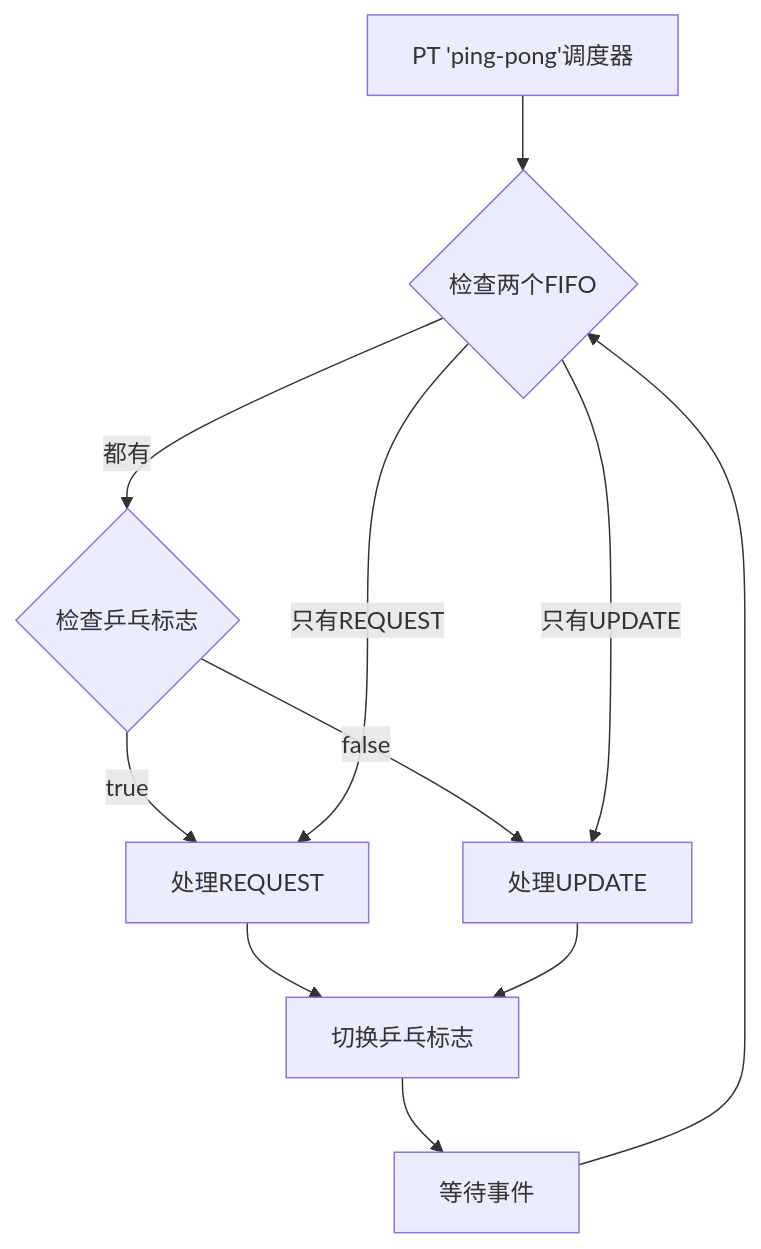
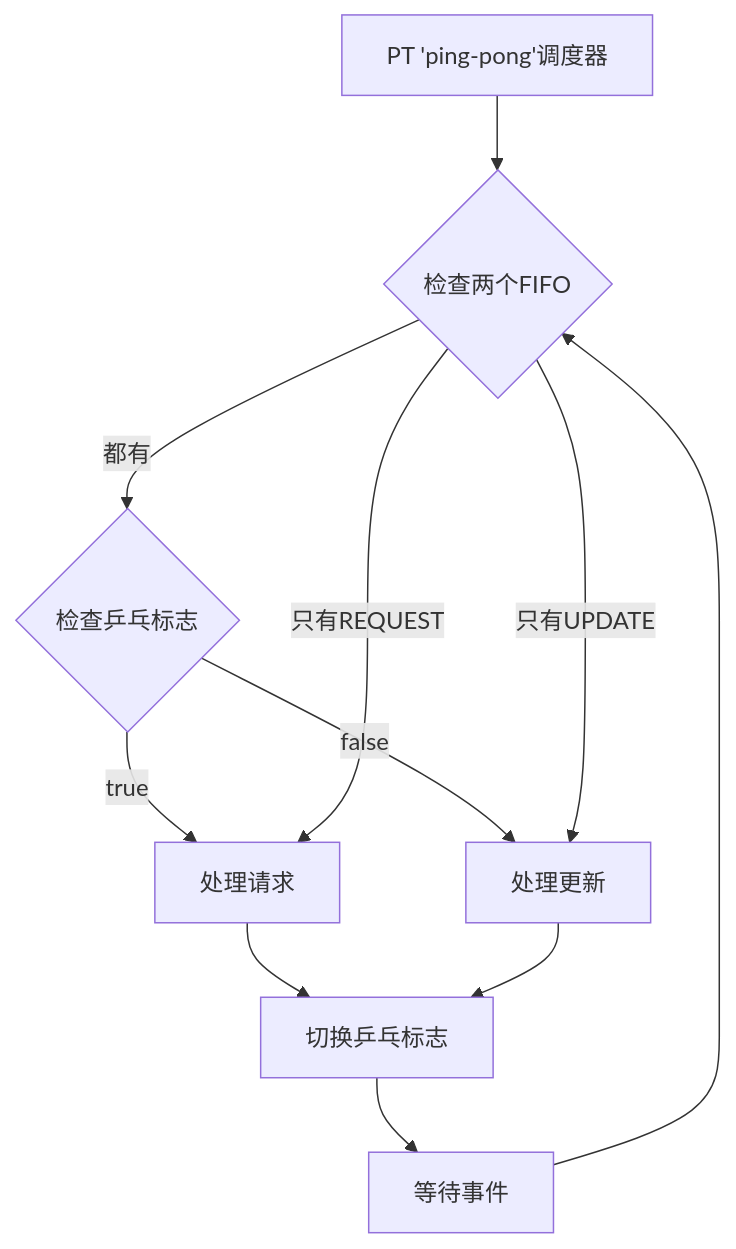
One commit to jiangjiang1122/iommu_model_20260401_v1 changed the seventh of 11 diagrams in .qoder/repowiki/zh/content/缓存系统/缓存子系统概览.md. Above: the diagram before and after it, drawn with Mermaid. The commit also changed other lines of this file and 159 other files, not shown here.

Commit message:
chore: 更新知识库文档 + 新增PTW并发分析图表与数据文件

````diff
--- a/.qoder/repowiki/zh/content/缓存系统/缓存子系统概览.md
+++ b/.qoder/repowiki/zh/content/缓存系统/缓存子系统概览.md
@@ -372,13 +416,13 @@
 ```mermaid
 flowchart TD
 PTScheduler["PT 'ping-pong'调度器"] --> CheckBoth{"检查两个FIFO"}
 CheckBoth --> |都有| CheckFlag{"检查乒乓标志"}
-CheckFlag --> |true| ProcessRequest["处理REQUEST"]
-CheckFlag --> |false| ProcessUpdate["处理UPDATE"]
+CheckFlag --> |true| ProcessRequest["处理请求"]
+CheckFlag --> |false| ProcessUpdate["处理更新"]
 CheckBoth --> |只有REQUEST| ProcessRequest
 CheckBoth --> |只有UPDATE| ProcessUpdate
 ProcessRequest --> ToggleFlag["切换乒乓标志"]
 ProcessUpdate --> ToggleFlag
 ToggleFlag --> WaitEvent["等待事件"]
 WaitEvent --> CheckBoth
 ```
````
